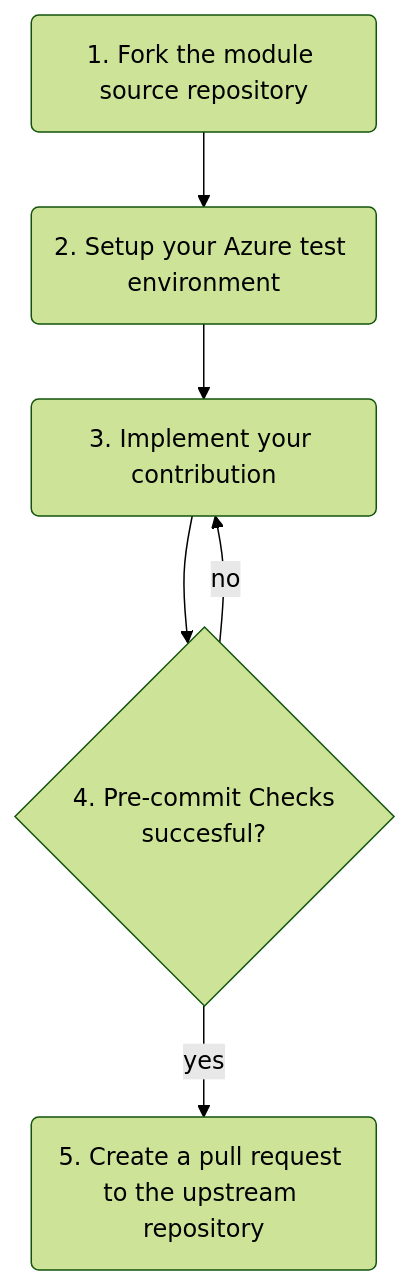
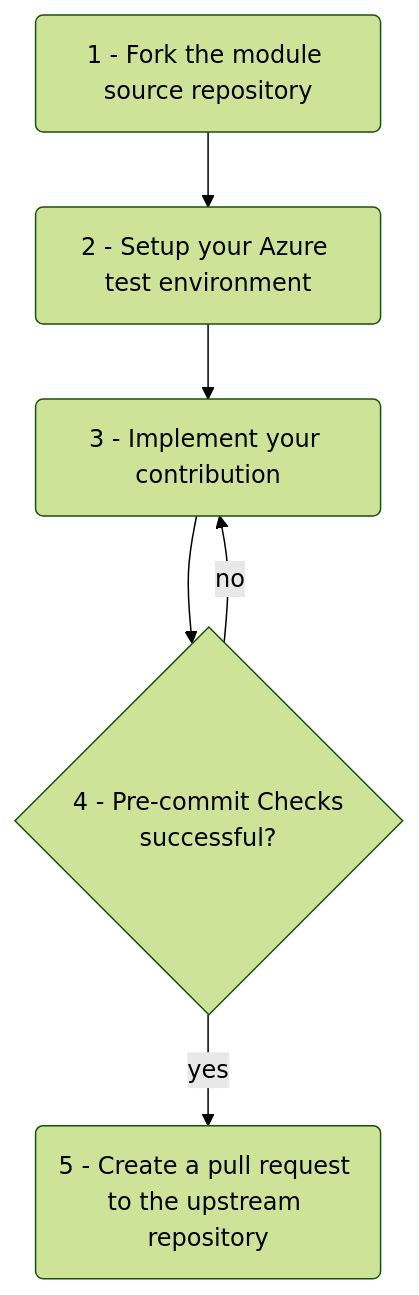
Before and after one commit to Azure/Azure-Verified-Modules: the first of 2 diagrams in docs/content/contributing/terraform/terraform-contribution-flow/_index.md, drawn with Mermaid (forest theme). The commit also changed 9 other files, not shown here.

```diff
--- a/docs/content/contributing/terraform/terraform-contribution-flow/_index.md
+++ b/docs/content/contributing/terraform/terraform-contribution-flow/_index.md
@@ -12,18 +12,18 @@
 {{< mermaid class="text-center" >}}
 flowchart TD
-A(1. Fork the module source repository)
+A(1 - Fork the module source repository)
   click A "/Azure-Verified-Modules/contributing/terraform/terraform-contribution-flow/#1-fork-the-module-source-repository"
-B(2. Setup your Azure test environment)
+B(2 - Setup your Azure test environment)
   click B "/Azure-Verified-Modules/contributing/terraform/terraform-contribution-flow/#2-prepare-your-azure-test-environment"
-C(3. Implement your contribution)
+C(3 - Implement your contribution)
   click C "/Azure-Verified-Modules/contributing/terraform/terraform-contribution-flow/#3-implement-your-contribution"
-D{4. Pre-commit Checks <br> succesful?}
+D{4 - Pre-commit Checks <br> successful?}
   click D "/Azure-Verified-Modules/contributing/terraform/terraform-contribution-flow/#4-run-pre-commit-checks"
-E(5. Create a pull request to the upstream repository)
+E(5 - Create a pull request to the upstream repository)
   click E "/Azure-Verified-Modules/contributing/terraform/terraform-contribution-flow/#5-create-a-pull-request-to-the-upstream-repository"
 A --> B
 B --> C
 C --> D
 D -->|yes|E
 D -->|no|C
 {{< /mermaid >}}
```
